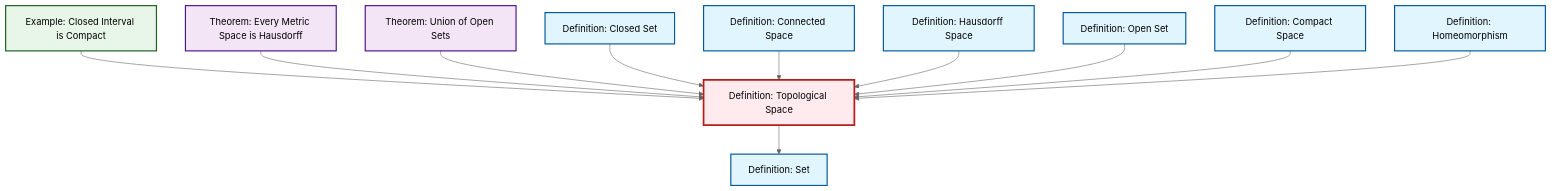
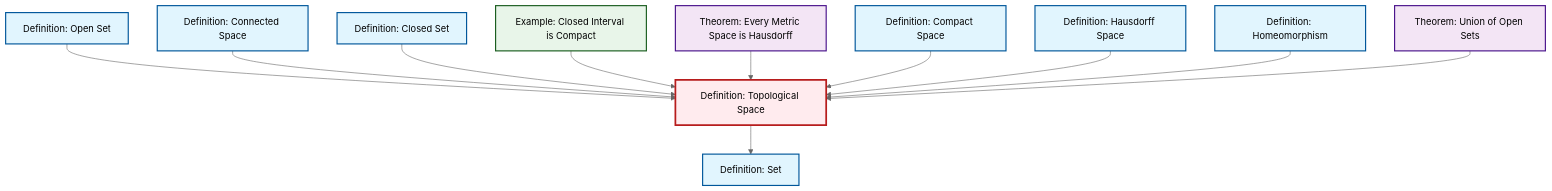
The diagram in content/en/topology/def-topological-space.qmd (RK0429/ModernMath), drawn with Mermaid (neutral theme) before and after one commit. The commit also changed other lines of this file and 531 other files, not shown here.

````diff
--- a/content/en/topology/def-topological-space.qmd
+++ b/content/en/topology/def-topological-space.qmd
@@ -59,41 +59,41 @@
 ```{mermaid}
 %%| fig-cap: "Local dependency graph"
 graph TD
     classDef definition fill:#e1f5fe,stroke:#01579b,stroke-width:2px
     classDef theorem fill:#f3e5f5,stroke:#4a148c,stroke-width:2px
     classDef axiom fill:#fff3e0,stroke:#e65100,stroke-width:2px
     classDef example fill:#e8f5e9,stroke:#1b5e20,stroke-width:2px
     classDef current fill:#ffebee,stroke:#b71c1c,stroke-width:3px
+    thm-metric-hausdorff["Theorem: Every Metric Space is Hausdorff"]:::theorem
+    def-set["Definition: Set"]:::definition
+    def-homeomorphism["Definition: Homeomorphism"]:::definition
+    thm-union-open-sets["Theorem: Union of Open Sets"]:::theorem
+    def-topological-space["Definition: Topological Space"]:::definition
+    def-compact["Definition: Compact Space"]:::definition
+    ex-closed-interval-compact["Example: Closed Interval is Compact"]:::example
+    def-open-set["Definition: Open Set"]:::definition
+    def-closed-set["Definition: Closed Set"]:::definition
     def-hausdorff["Definition: Hausdorff Space"]:::definition
-    def-compact["Definition: Compact Space"]:::definition
-    def-set["Definition: Set"]:::definition
-    ex-closed-interval-compact["Example: Closed Interval is Compact"]:::example
-    def-homeomorphism["Definition: Homeomorphism"]:::definition
-    def-closed-set["Definition: Closed Set"]:::definition
-    thm-metric-hausdorff["Theorem: Every Metric Space is Hausdorff"]:::theorem
-    def-topological-space["Definition: Topological Space"]:::definition
-    thm-union-open-sets["Theorem: Union of Open Sets"]:::theorem
     def-connected["Definition: Connected Space"]:::definition
-    def-open-set["Definition: Open Set"]:::definition
-    def-topological-space --> def-set
+    def-open-set --> def-topological-space
+    def-connected --> def-topological-space
+    def-closed-set --> def-topological-space
     ex-closed-interval-compact --> def-topological-space
     thm-metric-hausdorff --> def-topological-space
+    def-compact --> def-topological-space
+    def-hausdorff --> def-topological-space
+    def-homeomorphism --> def-topological-space
+    def-topological-space --> def-set
     thm-union-open-sets --> def-topological-space
-    def-closed-set --> def-topological-space
-    def-connected --> def-topological-space
-    def-hausdorff --> def-topological-space
-    def-open-set --> def-topological-space
-    def-compact --> def-topological-space
-    def-homeomorphism --> def-topological-space
     class def-topological-space current
+    click thm-metric-hausdorff "thm-metric-hausdorff.html" "Go to Every Metric Space is Hausdorff theorem"
+    click def-set "def-set.html" "Go to Set definition"
+    click def-homeomorphism "def-homeomorphism.html" "Go to Homeomorphism definition"
+    click thm-union-open-sets "thm-union-open-sets.html" "Go to Union of Open Sets theorem"
+    click def-compact "def-compact.html" "Go to Compact Space definition"
+    click ex-closed-interval-compact "ex-closed-interval-compact.html" "Go to Closed Interval is Compact example"
+    click def-open-set "def-open-set.html" "Go to Open Set definition"
+    click def-closed-set "def-closed-set.html" "Go to Closed Set definition"
     click def-hausdorff "def-hausdorff.html" "Go to Hausdorff Space definition"
-    click def-compact "def-compact.html" "Go to Compact Space definition"
-    click def-set "def-set.html" "Go to Set definition"
-    click ex-closed-interval-compact "ex-closed-interval-compact.html" "Go to Closed Interval is Compact example"
-    click def-homeomorphism "def-homeomorphism.html" "Go to Homeomorphism definition"
-    click def-closed-set "def-closed-set.html" "Go to Closed Set definition"
-    click thm-metric-hausdorff "thm-metric-hausdorff.html" "Go to Every Metric Space is Hausdorff theorem"
-    click thm-union-open-sets "thm-union-open-sets.html" "Go to Union of Open Sets theorem"
     click def-connected "def-connected.html" "Go to Connected Space definition"
-    click def-open-set "def-open-set.html" "Go to Open Set definition"
 ```
````
